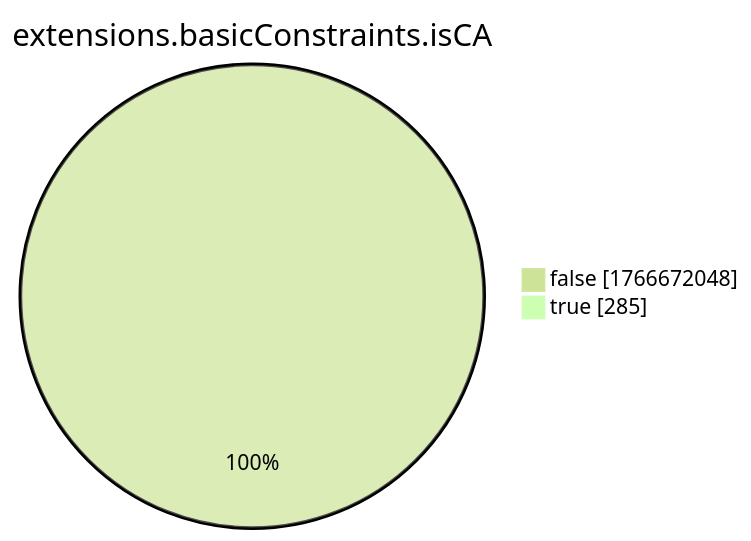
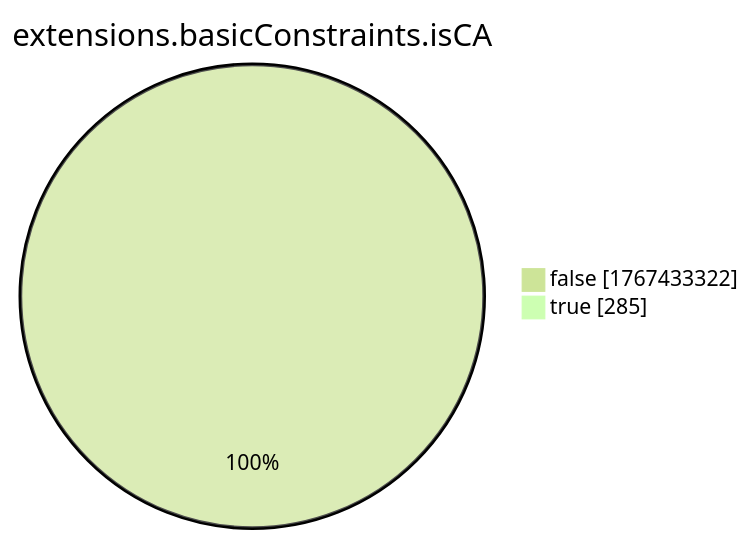
Before and after one commit to christiankrug/ctmonitor_visualization: the eighth of 15 diagrams in xenon2022/README.md, drawn with Mermaid (forest theme). The commit also changed other lines of this file, not shown here.

````diff
--- a/xenon2022/README.md
+++ b/xenon2022/README.md
@@ -2868,6 +2868,6 @@
 ```mermaid
 pie showData
 title extensions.basicConstraints.isCA
-"false" :1766672048
+"false" :1767433322
 "true" :285
 ```
````
